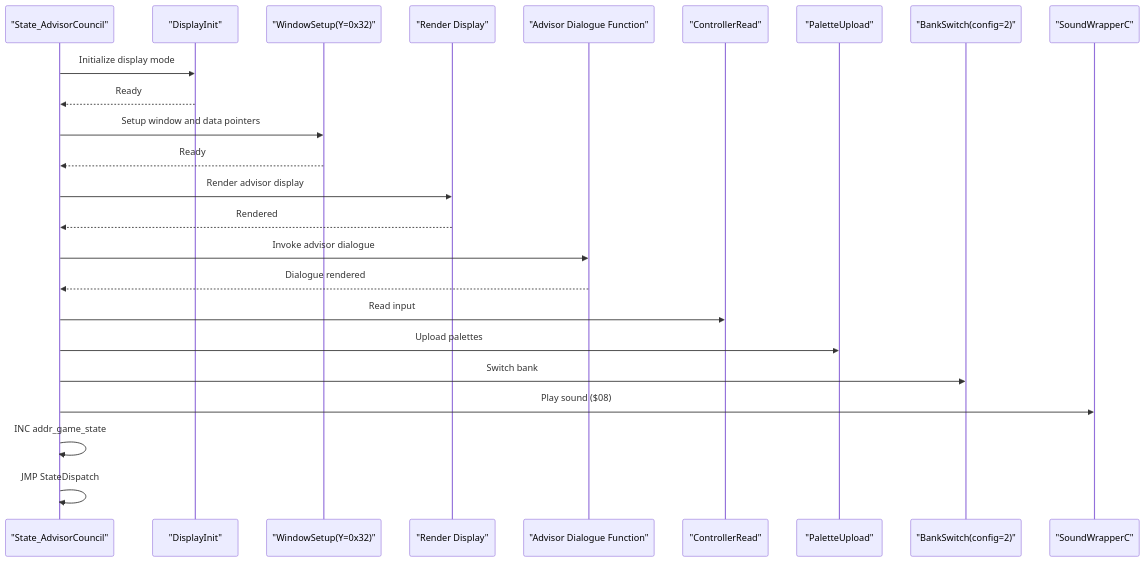
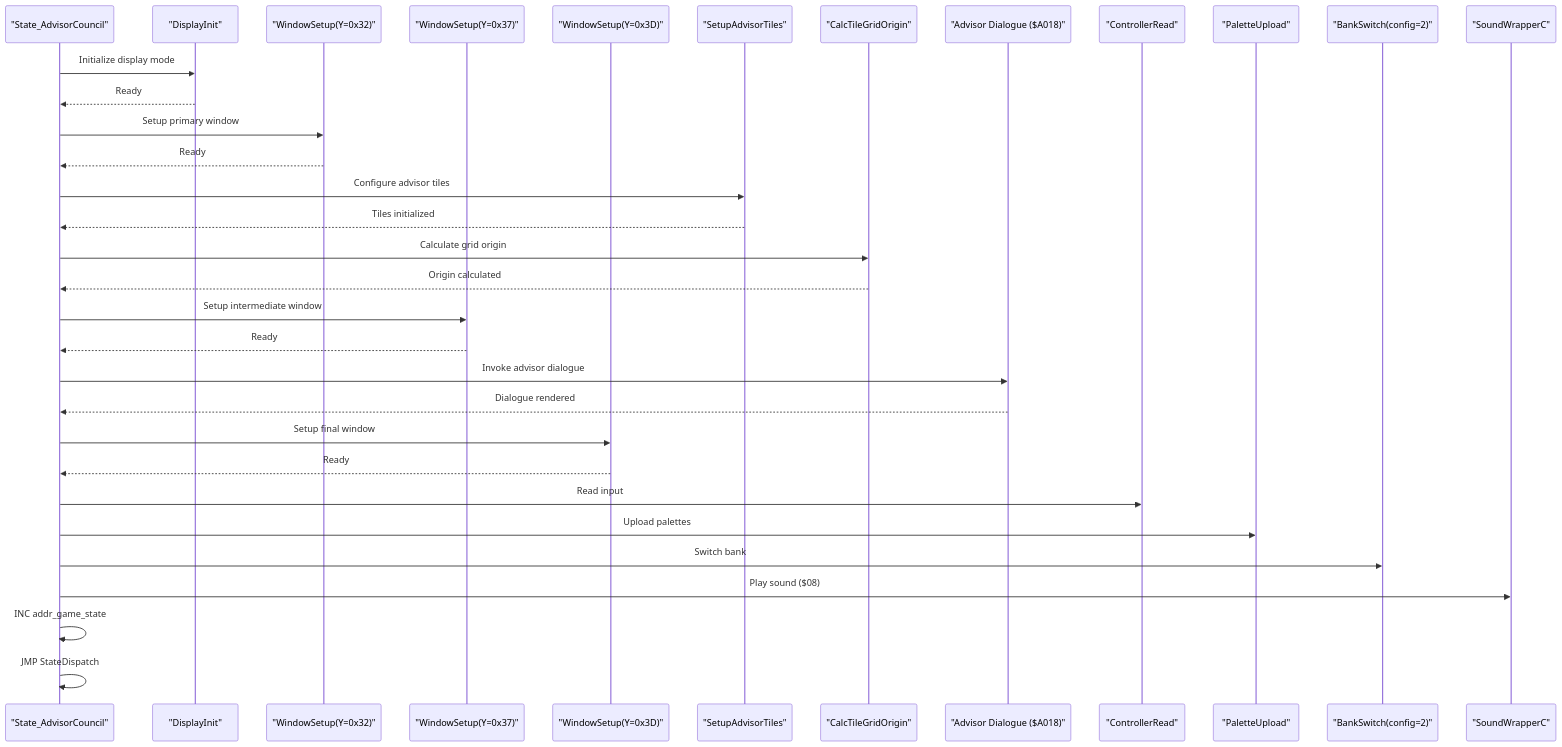
Before and after one commit to rabbyzero/sango2dasm: the seventh of 8 diagrams in .qoder/repowiki/en/content/Game State Management/State Machine Architecture/State Procedures/Display and Interaction States.md, drawn with Mermaid. The commit also changed other lines of this file and 16 other files, not shown here.

````diff
--- a/.qoder/repowiki/en/content/Game State Management/State Machine Architecture/State Procedures/Display and Interaction States.md
+++ b/.qoder/repowiki/en/content/Game State Management/State Machine Architecture/State Procedures/Display and Interaction States.md
@@ -322,26 +348,35 @@
 ```mermaid
 sequenceDiagram
 participant S as "State_AdvisorCouncil"
 participant DI as "DisplayInit"
-participant WS as "WindowSetup(Y=0x32)"
-participant RD as "Render Display"
-participant AD as "Advisor Dialogue Function"
+participant WS1 as "WindowSetup(Y=0x32)"
+participant WS2 as "WindowSetup(Y=0x37)"
+participant WS3 as "WindowSetup(Y=0x3D)"
+participant SAT as "SetupAdvisorTiles"
+participant CTGO as "CalcTileGridOrigin"
+participant AD as "Advisor Dialogue ($A018)"
 participant CR as "ControllerRead"
 participant PU as "PaletteUpload"
 participant BLK as "BankSwitch(config=2)"
 participant SW as "SoundWrapperC"
 S->>DI : Initialize display mode
 DI-->>S : Ready
-S->>WS : Setup window and data pointers
-WS-->>S : Ready
-S->>RD : Render advisor display
-RD-->>S : Rendered
+S->>WS1 : Setup primary window
+WS1-->>S : Ready
+S->>SAT : Configure advisor tiles
+SAT-->>S : Tiles initialized
+S->>CTGO : Calculate grid origin
+CTGO-->>S : Origin calculated
+S->>WS2 : Setup intermediate window
+WS2-->>S : Ready
 S->>AD : Invoke advisor dialogue
 AD-->>S : Dialogue rendered
+S->>WS3 : Setup final window
+WS3-->>S : Ready
 S->>CR : Read input
 S->>PU : Upload palettes
 S->>BLK : Switch bank
 S->>SW : Play sound ($08)
 S->>S : INC addr_game_state
 S->>S : JMP StateDispatch
 ```
````
